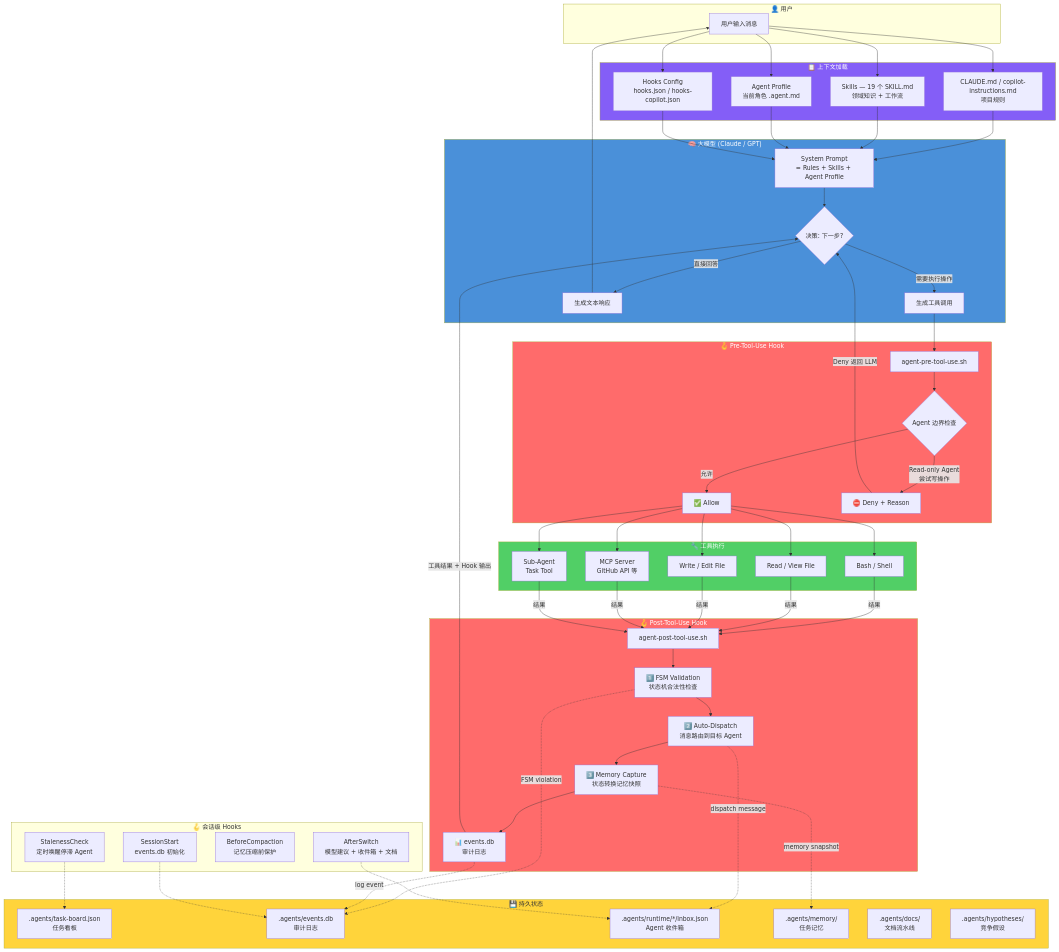
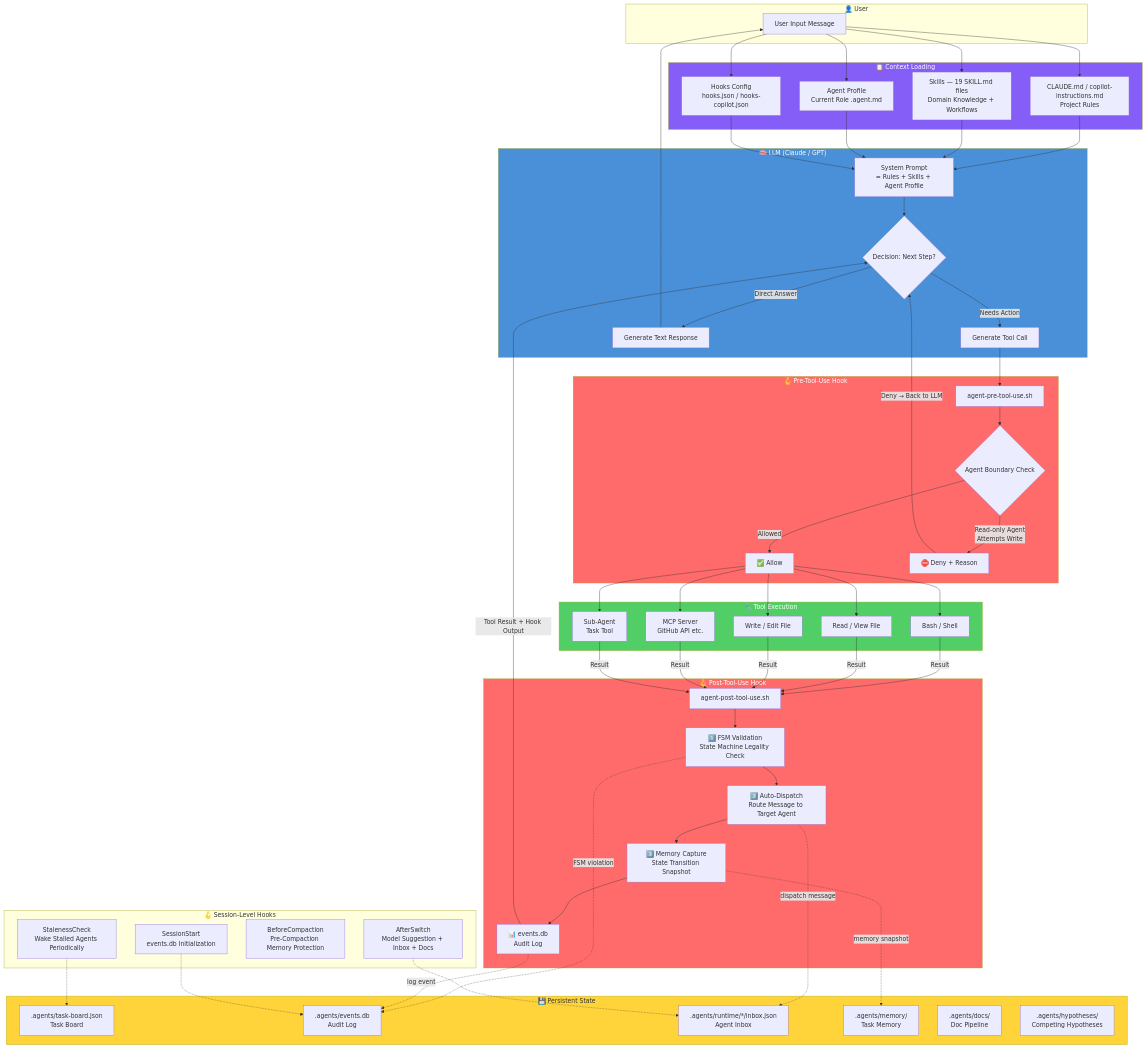
Before and after one commit to cintia09/CodeNook: the first of 4 diagrams in docs/claude-code-flow.md, drawn with Mermaid. The commit also changed other lines of this file and 12 other files, not shown here.

````diff
--- a/docs/claude-code-flow.md
+++ b/docs/claude-code-flow.md
@@ -5,95 +5,95 @@
 ```mermaid
 flowchart TB
-    subgraph User["👤 用户"]
-        U1[用户输入消息]
+    subgraph User["👤 User"]
+        U1[User Input Message]
     end
 
-    subgraph Context["📋 上下文加载"]
-        C1[CLAUDE.md / copilot-instructions.md<br/>项目规则]
-        C2[Skills — 19 个 SKILL.md<br/>领域知识 + 工作流]
-        C3[Agent Profile<br/>当前角色 .agent.md]
+    subgraph Context["📋 Context Loading"]
+        C1[CLAUDE.md / copilot-instructions.md<br/>Project Rules]
+        C2[Skills — 19 SKILL.md files<br/>Domain Knowledge + Workflows]
+        C3[Agent Profile<br/>Current Role .agent.md]
         C4[Hooks Config<br/>hooks.json / hooks-copilot.json]
     end
 
-    subgraph LLM["🧠 大模型 (Claude / GPT)"]
+    subgraph LLM["🧠 LLM (Claude / GPT)"]
         L1[System Prompt<br/>= Rules + Skills + Agent Profile]
-        L2{决策: 下一步?}
-        L3[生成工具调用]
-        L4[生成文本响应]
+        L2{Decision: Next Step?}
+        L3[Generate Tool Call]
+        L4[Generate Text Response]
     end
 
     subgraph Hooks_Pre["🪝 Pre-Tool-Use Hook"]
         HP1[agent-pre-tool-use.sh]
-        HP2{Agent 边界检查}
+        HP2{Agent Boundary Check}
         HP3[✅ Allow]
         HP4[⛔ Deny + Reason]
     end
 
-    subgraph Tools["🔧 工具执行"]
+    subgraph Tools["🔧 Tool Execution"]
         T1[Bash / Shell]
         T2[Read / View File]
         T3[Write / Edit File]
-        T4[MCP Server<br/>GitHub API 等]
+        T4[MCP Server<br/>GitHub API etc.]
         T5[Sub-Agent<br/>Task Tool]
     end
 
     subgraph Hooks_Post["🪝 Post-Tool-Use Hook"]
         HPO1[agent-post-tool-use.sh]
-        HPO2[1️⃣ FSM Validation<br/>状态机合法性检查]
-        HPO3[2️⃣ Auto-Dispatch<br/>消息路由到目标 Agent]
-        HPO4[3️⃣ Memory Capture<br/>状态转换记忆快照]
-        HPO5[📊 events.db<br/>审计日志]
+        HPO2[1️⃣ FSM Validation<br/>State Machine Legality Check]
+        HPO3[2️⃣ Auto-Dispatch<br/>Route Message to Target Agent]
+        HPO4[3️⃣ Memory Capture<br/>State Transition Snapshot]
+        HPO5[📊 events.db<br/>Audit Log]
     end
 
-    subgraph Session_Hooks["🪝 会话级 Hooks"]
-        SH1[SessionStart<br/>events.db 初始化]
-        SH2[AfterSwitch<br/>模型建议 + 收件箱 + 文档]
-        SH3[BeforeCompaction<br/>记忆压缩前保护]
-        SH4[StalenessCheck<br/>定时唤醒停滞 Agent]
+    subgraph Session_Hooks["🪝 Session-Level Hooks"]
+        SH1[SessionStart<br/>events.db Initialization]
+        SH2[AfterSwitch<br/>Model Suggestion + Inbox + Docs]
+        SH3[BeforeCompaction<br/>Pre-Compaction Memory Protection]
+        SH4[StalenessCheck<br/>Wake Stalled Agents Periodically]
     end
 
-    subgraph State["💾 持久状态"]
-        S1[.agents/task-board.json<br/>任务看板]
-        S2[.agents/events.db<br/>审计日志]
-        S3[.agents/runtime/*/inbox.json<br/>Agent 收件箱]
-        S4[.agents/memory/<br/>任务记忆]
-        S5[.agents/docs/<br/>文档流水线]
-        S6[.agents/hypotheses/<br/>竞争假设]
+    subgraph State["💾 Persistent State"]
+        S1[.agents/task-board.json<br/>Task Board]
+        S2[.agents/events.db<br/>Audit Log]
+        S3[.agents/runtime/*/inbox.json<br/>Agent Inbox]
+        S4[.agents/memory/<br/>Task Memory]
+        S5[.agents/docs/<br/>Doc Pipeline]
+        S6[.agents/hypotheses/<br/>Competing Hypotheses]
     end
 
-    %% 主流程
+    %% Main flow
     U1 --> C1 & C2 & C3 & C4
     C1 & C2 & C3 & C4 --> L1
     L1 --> L2
-    L2 -->|需要执行操作| L3
-    L2 -->|直接回答| L4
+    L2 -->|Needs Action| L3
+    L2 -->|Direct Answer| L4
     L4 --> U1
 
-    %% 工具调用流程
+    %% Tool call flow
     L3 --> HP1
     HP1 --> HP2
-    HP2 -->|Read-only Agent<br/>尝试写操作| HP4
-    HP2 -->|允许| HP3
-    HP4 -->|Deny 返回 LLM| L2
+    HP2 -->|Read-only Agent<br/>Attempts Write| HP4
+    HP2 -->|Allowed| HP3
+    HP4 -->|Deny → Back to LLM| L2
     HP3 --> T1 & T2 & T3 & T4 & T5
 
-    %% 工具结果
-    T1 & T2 & T3 & T4 & T5 -->|结果| HPO1
+    %% Tool results
+    T1 & T2 & T3 & T4 & T5 -->|Result| HPO1
     HPO1 --> HPO2
     HPO2 --> HPO3
     HPO3 --> HPO4
     HPO4 --> HPO5
 
-    %% Post-hook 写状态
+    %% Post-hook writes state
     HPO2 -.->|FSM violation| S2
     HPO3 -.->|dispatch message| S3
     HPO4 -.->|memory snapshot| S4
     HPO5 -.->|log event| S2
 
-    %% 结果返回 LLM
-    HPO5 -->|工具结果 + Hook 输出| L2
+    %% Result back to LLM
+    HPO5 -->|Tool Result + Hook Output| L2
 
-    %% 会话级 hooks
+    %% Session-level hooks
     SH1 -.-> S2
     SH2 -.-> S3
     SH4 -.-> S1
````
